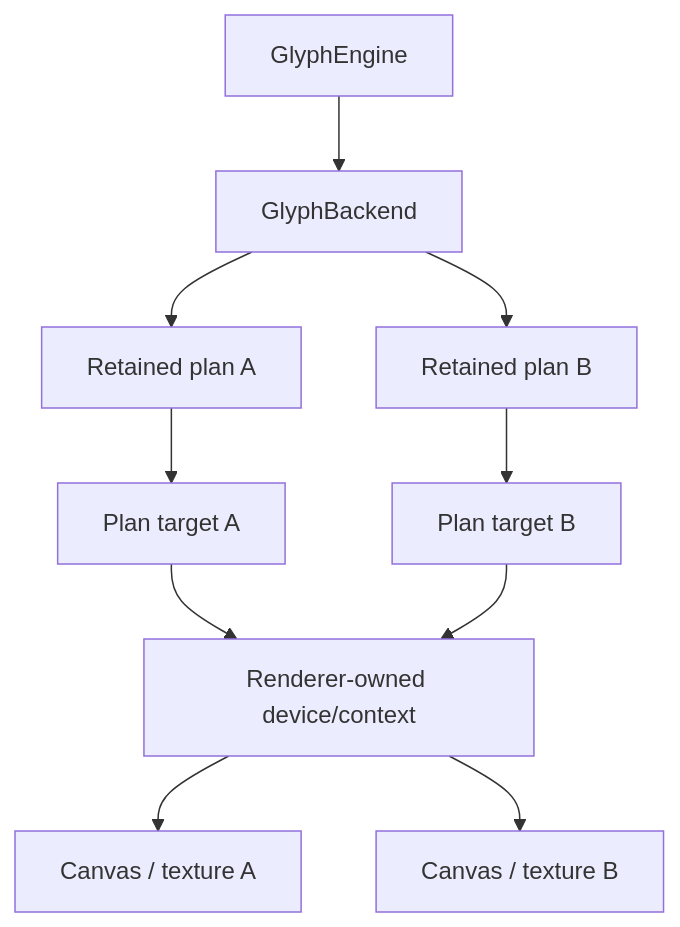
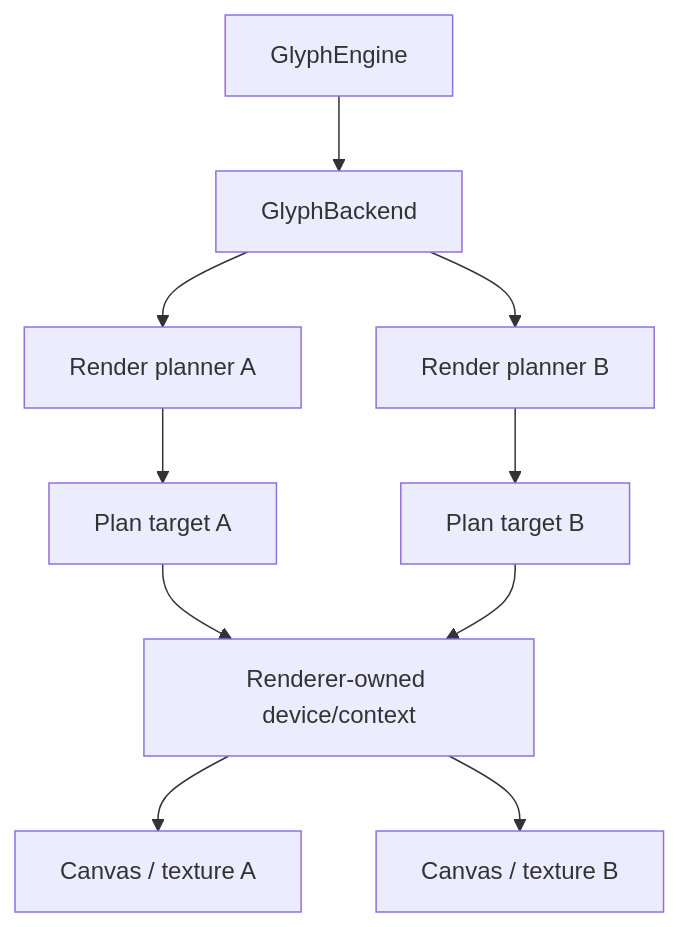
The second of 2 diagrams in docs/guides/renderer-integration.md (pmndrs/glyph), drawn with Mermaid before and after one commit. The commit also changed other lines of this file and 14 other files, not shown here.

````diff
--- a/docs/guides/renderer-integration.md
+++ b/docs/guides/renderer-integration.md
@@ -382,12 +382,12 @@
 ```mermaid
 flowchart TD
   Engine[GlyphEngine] --> Backend[GlyphBackend]
-  Backend --> PlanA[Retained plan A]
-  Backend --> PlanB[Retained plan B]
+  Backend --> PlanA[Render planner A]
+  Backend --> PlanB[Render planner B]
   PlanA --> TargetA[Plan target A]
   PlanB --> TargetB[Plan target B]
   TargetA --> Device[Renderer-owned device/context]
   TargetB --> Device
   Device --> CanvasA[Canvas / texture A]
   Device --> CanvasB[Canvas / texture B]
 ```
````
